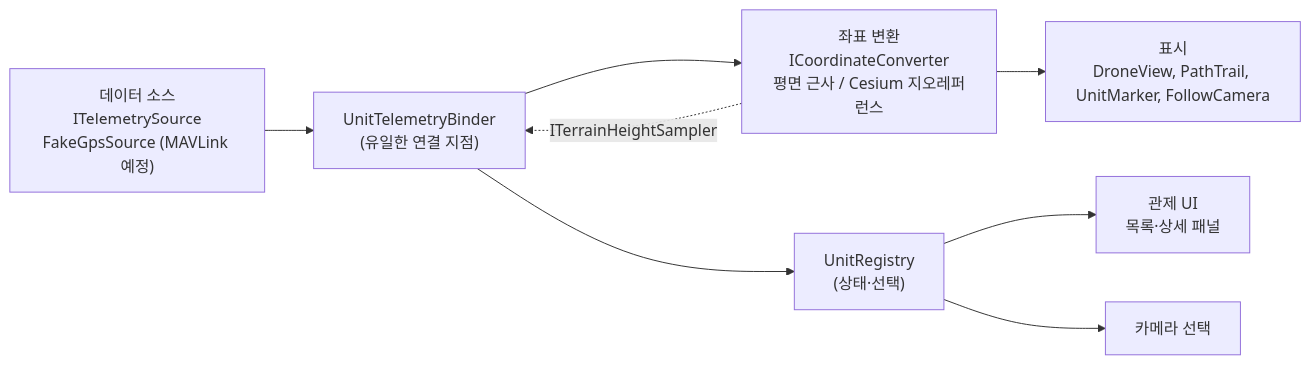
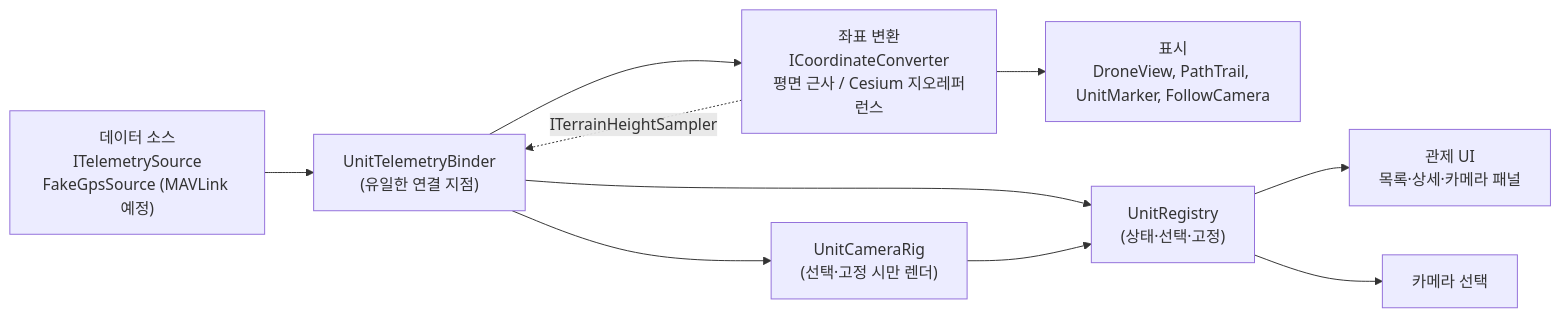
Before and after one commit to hsb020524/DroneC2: the diagram in README.md, drawn with Mermaid. The commit also changed other lines of this file and 6 other files, not shown here.

Commit message:
Stage 4-F: document stage 4 (devlog, README, requirements, architecture, CLAUDE.md), add stage 4 GIF and screenshot

````diff
--- a/README.md
+++ b/README.md
@@ -54,10 +60,12 @@
 ```mermaid
 flowchart LR
     SRC["데이터 소스<br/>ITelemetrySource<br/>FakeGpsSource (MAVLink 예정)"] --> BIND["UnitTelemetryBinder<br/>(유일한 연결 지점)"]
     BIND --> CONV["좌표 변환<br/>ICoordinateConverter<br/>평면 근사 / Cesium 지오레퍼런스"]
     CONV --> VIEW["표시<br/>DroneView, PathTrail, UnitMarker, FollowCamera"]
     CONV -. "ITerrainHeightSampler" .-> BIND
-    BIND --> REG["UnitRegistry<br/>(상태·선택)"]
-    REG --> UI["관제 UI<br/>목록·상세 패널"]
+    BIND --> REG["UnitRegistry<br/>(상태·선택·고정)"]
+    REG --> UI["관제 UI<br/>목록·상세·카메라 패널"]
     REG --> CAM["카메라 선택"]
+    BIND --> RIG["UnitCameraRig<br/>(선택·고정 시만 렌더)"]
+    RIG --> REG
 ```
````
